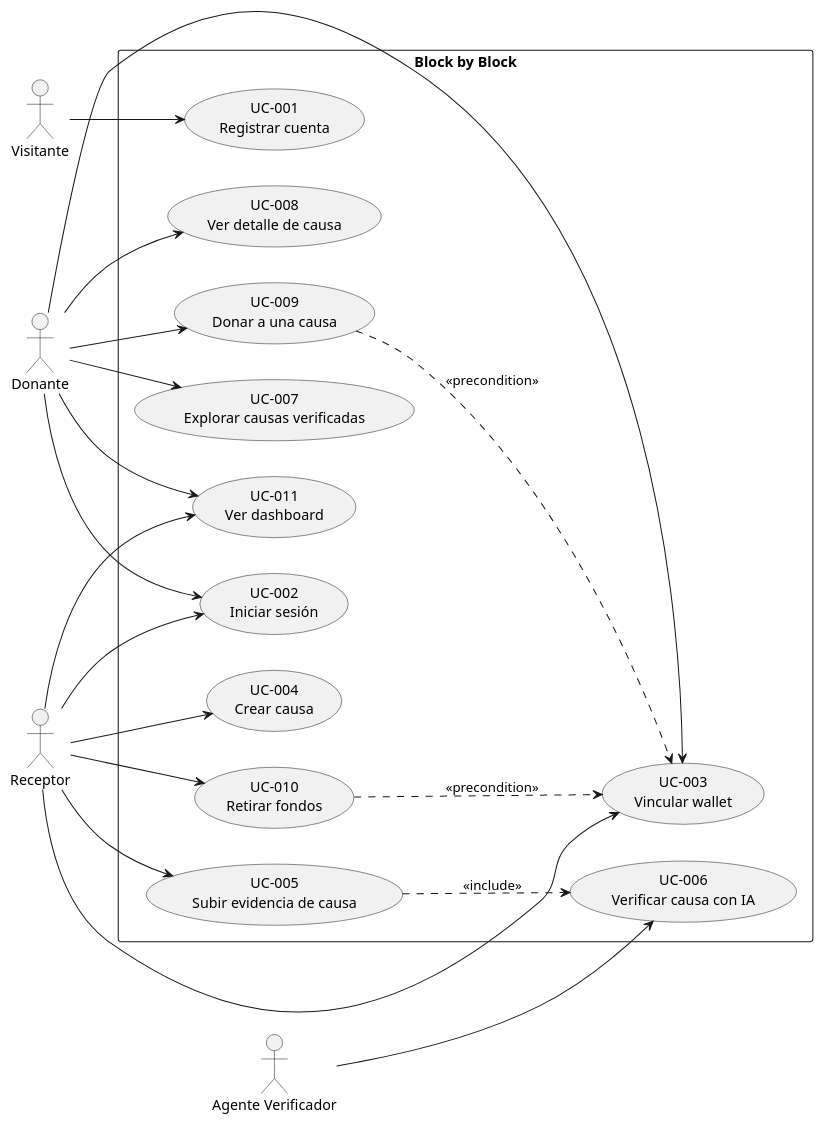
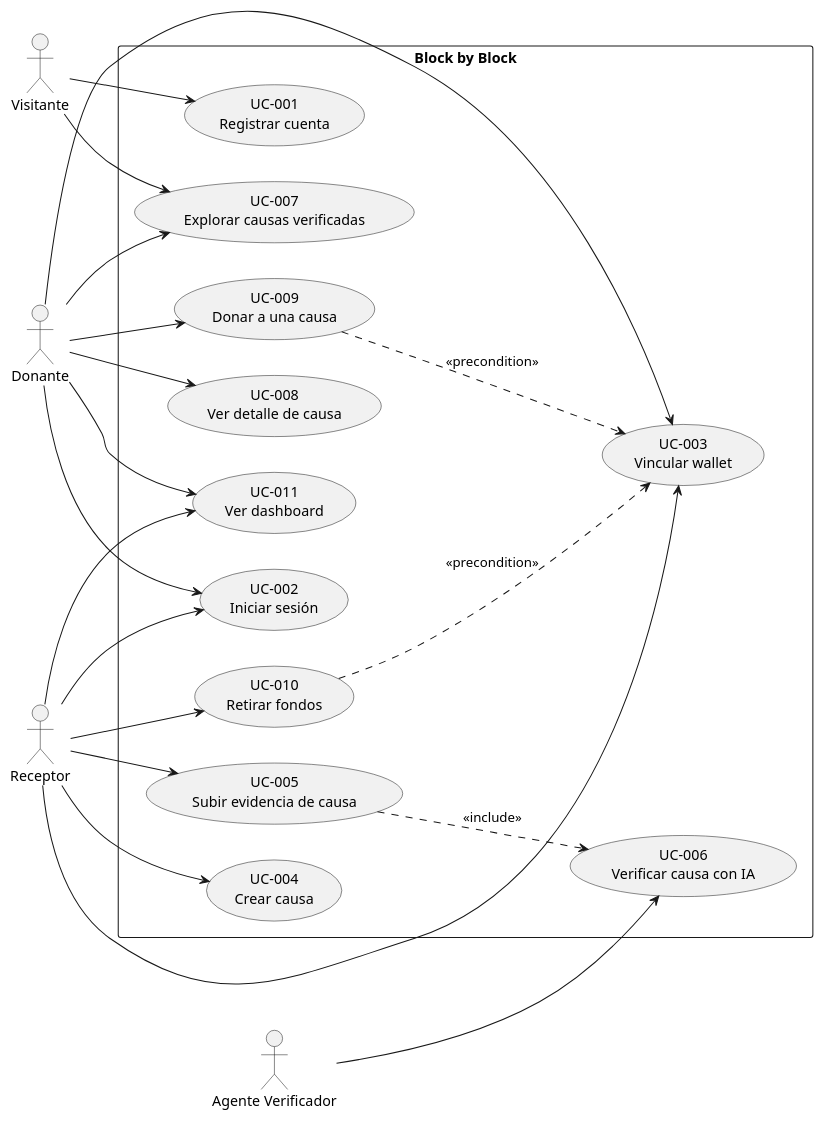
One commit to mauc-agentic/block-by-block changed the diagram in docs/use_cases.puml. Above: the diagram before and after it, drawn with PlantUML. The commit also changed 29 other files, not shown here.

```diff
--- a/docs/use_cases.puml
+++ b/docs/use_cases.puml
@@ -1,42 +1,43 @@
 @startuml Use Cases Overview
 left to right direction
 
 actor "Visitante" as visitor
 actor "Donante" as donor
 actor "Receptor" as recipient
 actor "Agente Verificador" as agent
 
 rectangle "Block by Block" {
     usecase "UC-001\nRegistrar cuenta" as UC001
     usecase "UC-002\nIniciar sesión" as UC002
     usecase "UC-003\nVincular wallet" as UC003
     usecase "UC-004\nCrear causa" as UC004
     usecase "UC-005\nSubir evidencia de causa" as UC005
     usecase "UC-006\nVerificar causa con IA" as UC006
     usecase "UC-007\nExplorar causas verificadas" as UC007
     usecase "UC-008\nVer detalle de causa" as UC008
     usecase "UC-009\nDonar a una causa" as UC009
     usecase "UC-010\nRetirar fondos" as UC010
     usecase "UC-011\nVer dashboard" as UC011
 }
 
 visitor --> UC001
+visitor --> UC007
 donor --> UC002
 recipient --> UC002
 donor --> UC003
 recipient --> UC003
 recipient --> UC004
 recipient --> UC005
 agent --> UC006
 donor --> UC007
 donor --> UC008
 donor --> UC009
 recipient --> UC010
 donor --> UC011
 recipient --> UC011
 
 UC005 ..> UC006 : <<include>>
 UC009 ..> UC003 : <<precondition>>
 UC010 ..> UC003 : <<precondition>>
 
 @enduml
```
